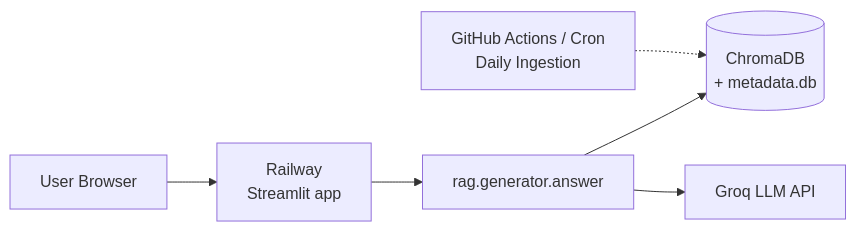
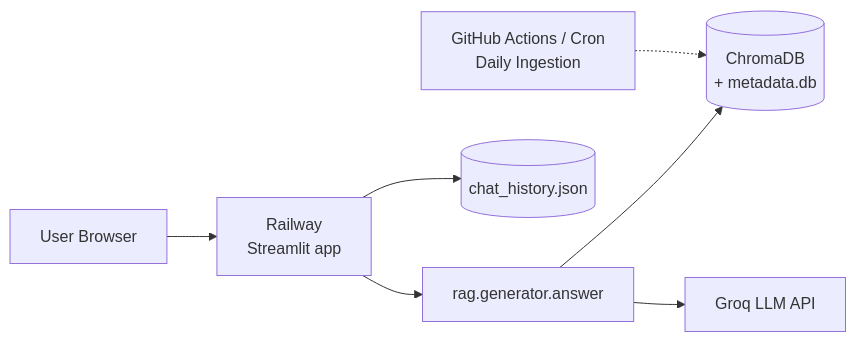
Before and after one commit to aayush13022/Mutual-Fund-RAG-FAQ-Assistant: the diagram in docs/deployment-plan.md, drawn with Mermaid. The commit also changed other lines of this file and 10 other files, not shown here.

````diff
--- a/docs/deployment-plan.md
+++ b/docs/deployment-plan.md
@@ -20,8 +36,9 @@
 ```mermaid
 flowchart LR
     User[User Browser] --> Streamlit[Railway\nStreamlit app]
     Streamlit --> RAG[rag.generator.answer]
     RAG --> Chroma[(ChromaDB\n+ metadata.db)]
     RAG --> Groq[Groq LLM API]
+    Streamlit --> History[(chat_history.json)]
     GH[GitHub Actions / Cron\nDaily Ingestion] -.-> Chroma
 ```
````
